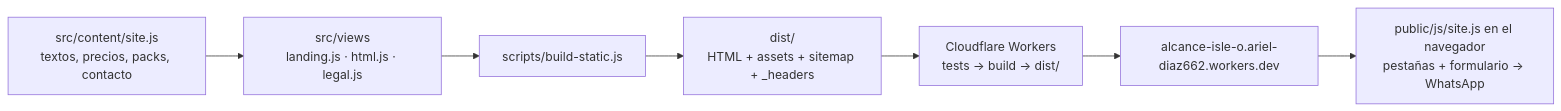
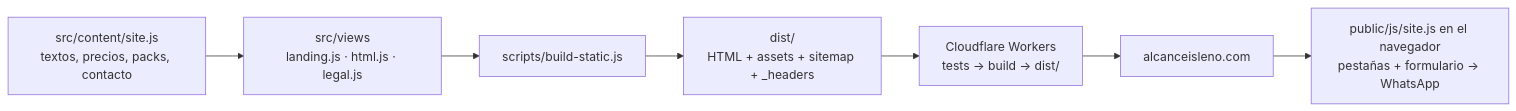
Before and after one commit to arieldiaz662-svg/Alcance-isle-o-: the diagram in docs/AUDITORIA.md, drawn with Mermaid. The commit also changed other lines of this file and 5 other files, not shown here.

First line of the commit message:
Publicar en el dominio propio alcanceisleno.com

````diff
--- a/docs/AUDITORIA.md
+++ b/docs/AUDITORIA.md
@@ -20,9 +20,9 @@
 ```mermaid
 flowchart LR
   C[src/content/site.js<br/>textos, precios, packs, contacto] --> V[src/views<br/>landing.js · html.js · legal.js]
   V --> B[scripts/build-static.js]
   B --> D[dist/<br/>HTML + assets + sitemap + _headers]
   D --> W[Cloudflare Workers<br/>tests → build → dist/]
-  W --> P[alcance-isle-o.ariel-diaz662.workers.dev]
+  W --> P[alcanceisleno.com]
   P --> JS[public/js/site.js en el navegador<br/>pestañas + formulario → WhatsApp]
 ```
````
